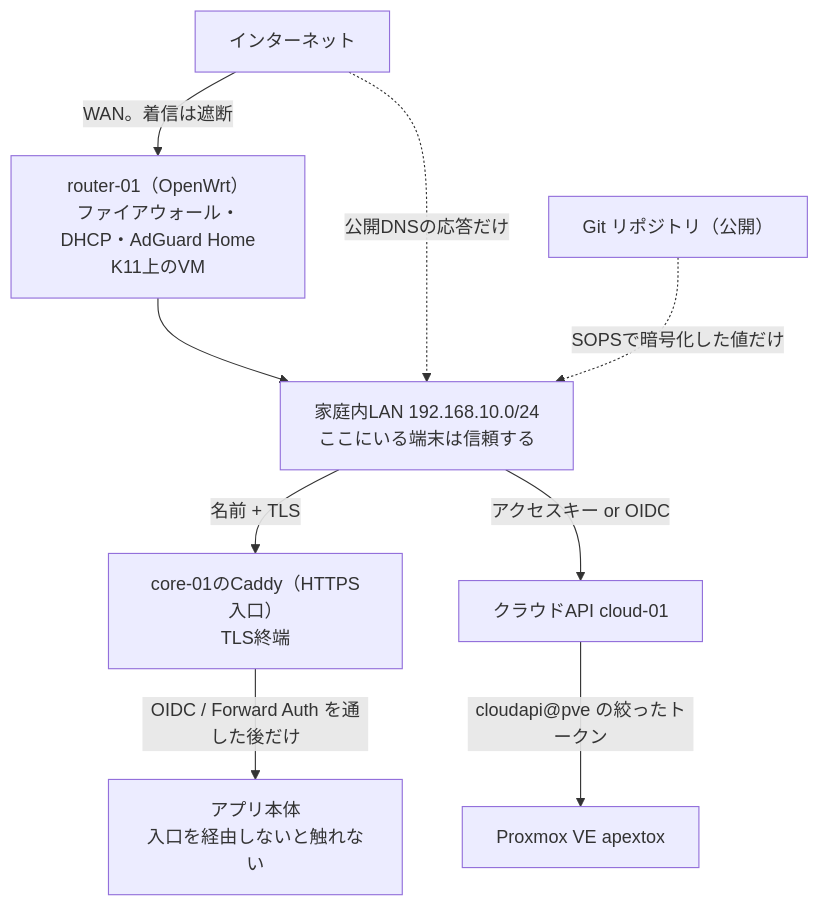
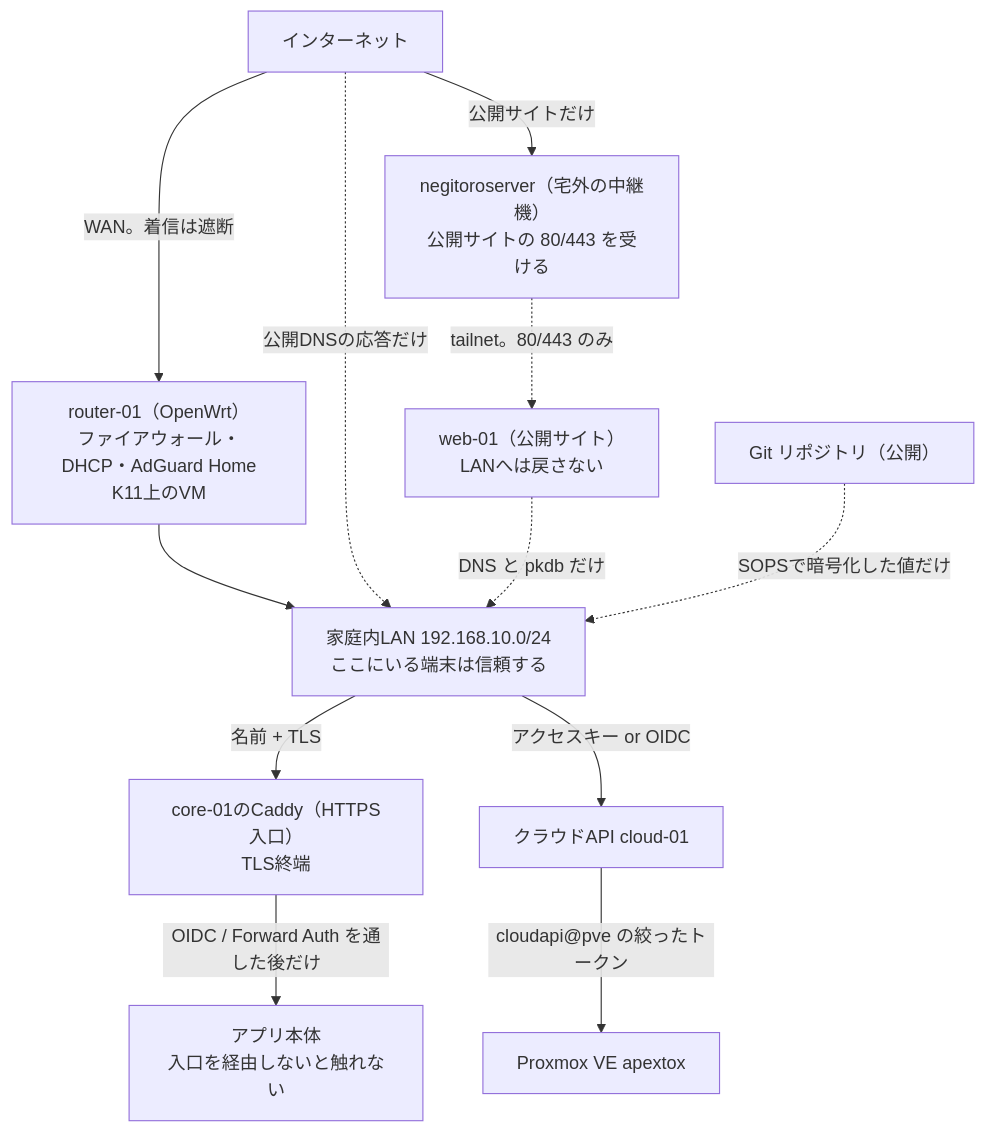
One commit to rurutheGeek/shake-cloud changed the diagram in docs/architecture/security.md. Above: the diagram before and after it, drawn with Mermaid. The commit also changed other lines of this file and 22 other files, not shown here.

````diff
--- a/docs/architecture/security.md
+++ b/docs/architecture/security.md
@@ -36,20 +47,25 @@
 ```mermaid
 flowchart TB
   net["インターネット"]
+  relay["negitoroserver（宅外の中継機）<br/>公開サイトの 80/443 を受ける"]
   router["router-01（OpenWrt）<br/>ファイアウォール・DHCP・AdGuard Home<br/>K11上のVM"]
   lan["家庭内LAN 192.168.10.0/24<br/>ここにいる端末は信頼する"]
+  web["web-01（公開サイト）<br/>LANへは戻さない"]
   edge["core-01のCaddy（HTTPS入口）<br/>TLS終端"]
   app["アプリ本体<br/>入口を経由しないと触れない"]
   api["クラウドAPI cloud-01"]
   pve["Proxmox VE apextox"]
   git["Git リポジトリ（公開）"]
 
   net -->|"WAN。着信は遮断"| router
+  net -->|"公開サイトだけ"| relay
+  relay -. "tailnet。80/443 のみ" .-> web
   router --> lan
   net -. "公開DNSの応答だけ" .-> lan
   lan -->|"名前 + TLS"| edge
   edge -->|"OIDC / Forward Auth を通した後だけ"| app
   lan -->|"アクセスキー or OIDC"| api
   api -->|"cloudapi@pve の絞ったトークン"| pve
+  web -. "DNS と pkdb だけ" .-> lan
   git -. "SOPSで暗号化した値だけ" .-> lan
 ```
````
